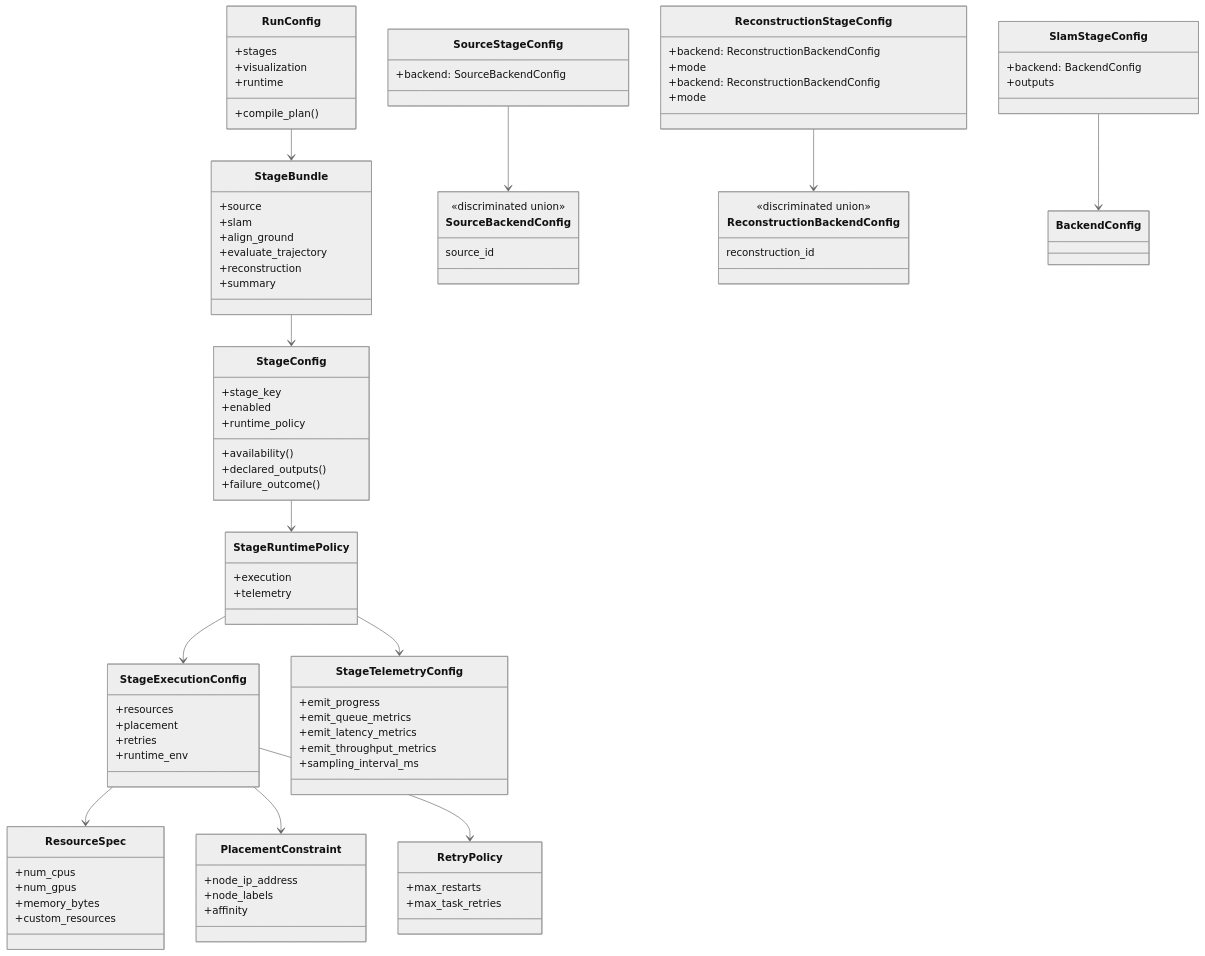
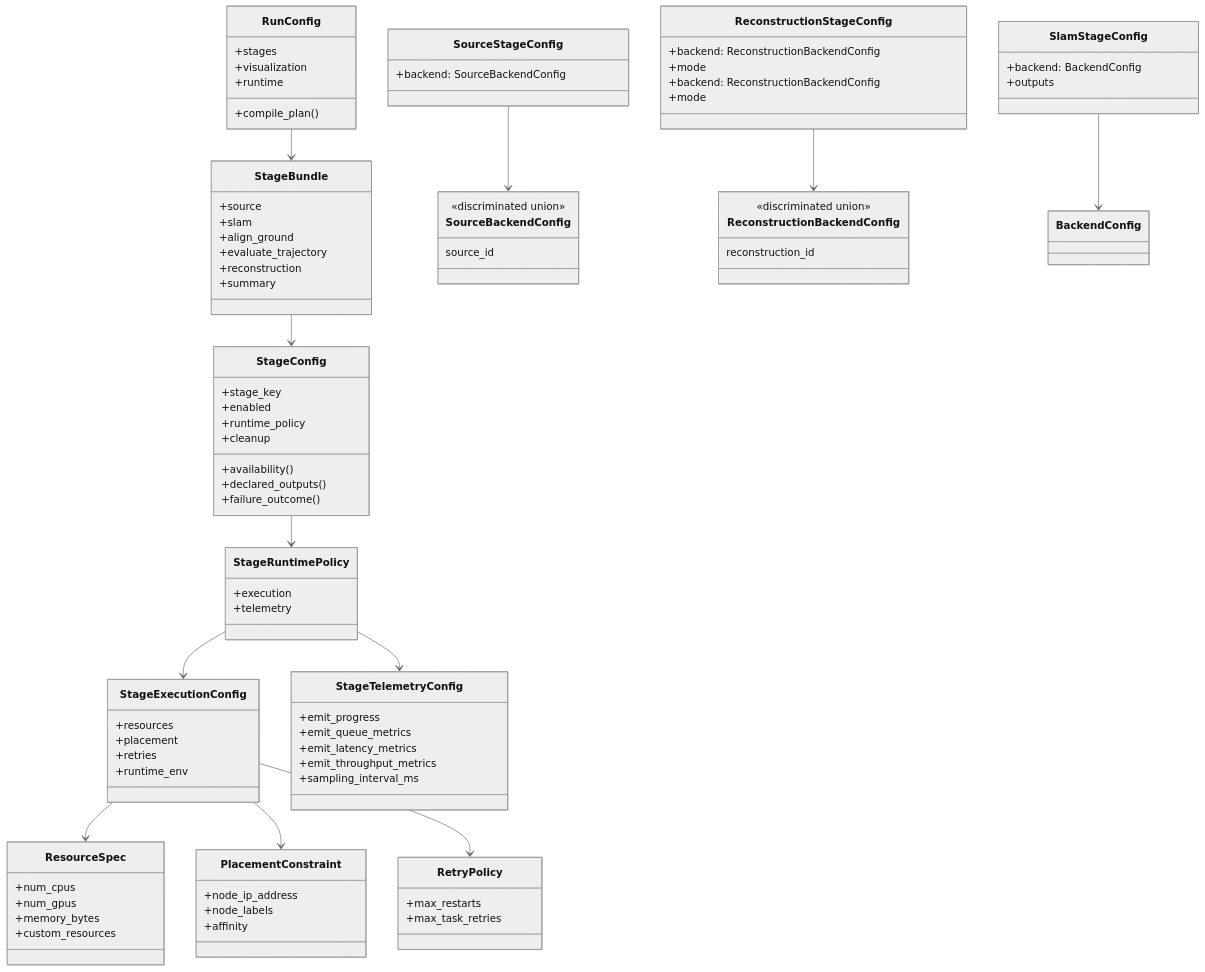
The fourth of 13 diagrams in docs/architecture/pipeline-stage-refactor-target.md (JanDuchscherer104/prml-vslam), drawn with Mermaid (neutral theme) before and after one commit. The commit also changed other lines of this file and 3 other files, not shown here.

Commit message:
docs: refresh pipeline stage target architecture

```diff
--- a/docs/architecture/pipeline-stage-refactor-target.md
+++ b/docs/architecture/pipeline-stage-refactor-target.md
@@ -388,6 +442,7 @@
         +stage_key
         +enabled
         +runtime_policy
+        +cleanup
         +availability()
         +declared_outputs()
         +failure_outcome()
```
